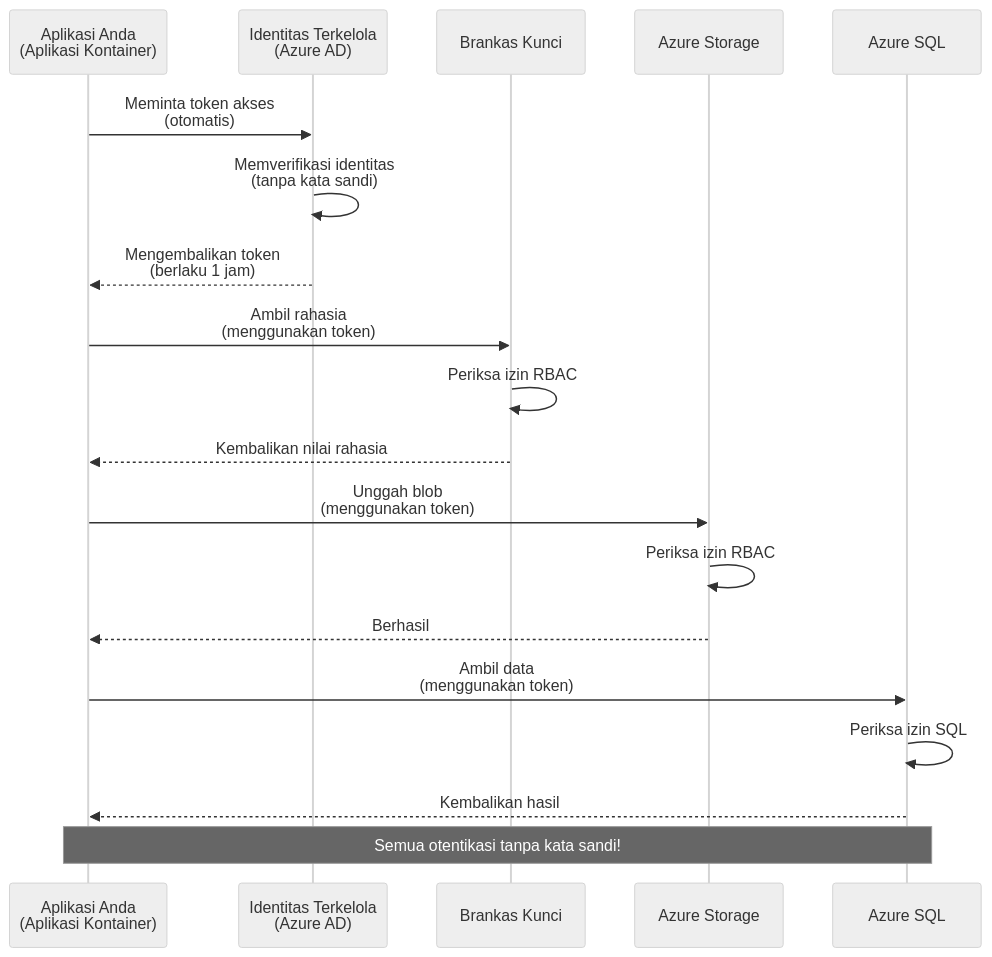
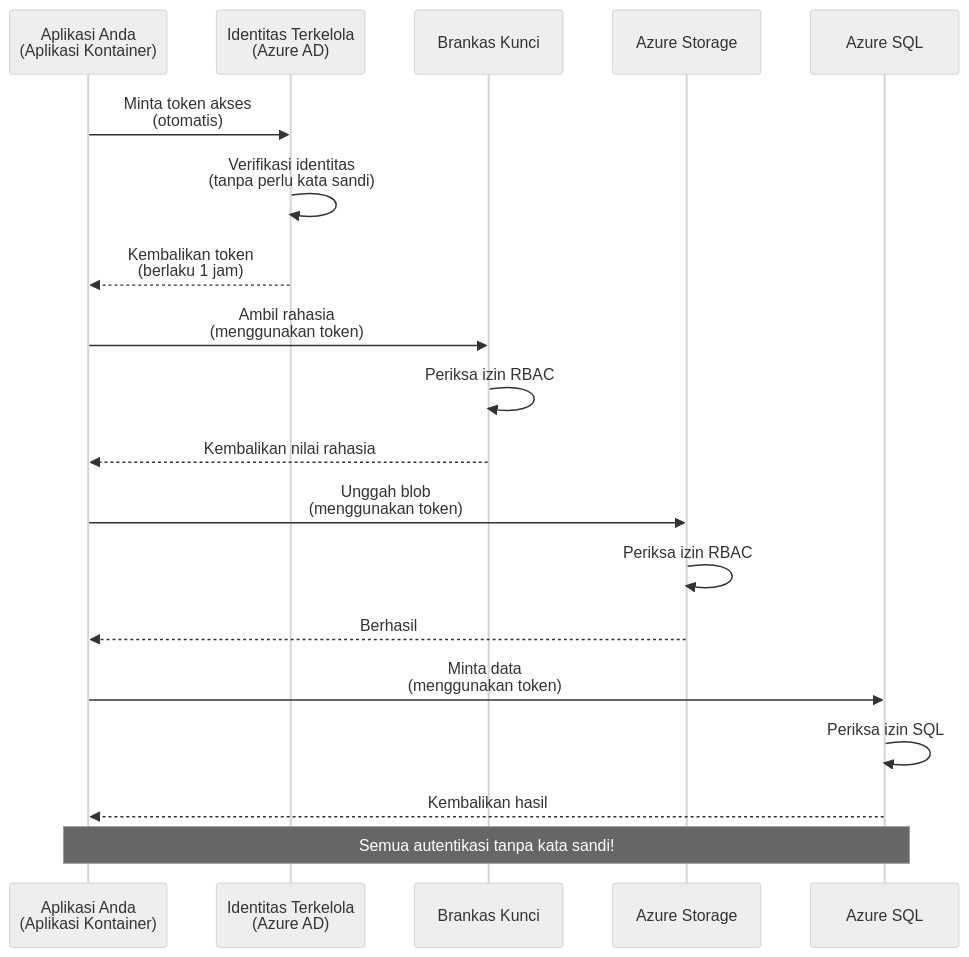
One commit to microsoft/AZD-for-beginners changed the first of 2 diagrams in translations/id/docs/chapter-03-configuration/authsecurity.md. Above: the diagram before and after it, drawn with Mermaid (neutral theme). The commit also changed other lines of this file and 101 other files, not shown here.

````diff
--- a/translations/id/docs/chapter-03-configuration/authsecurity.md
+++ b/translations/id/docs/chapter-03-configuration/authsecurity.md
@@ -69,26 +69,26 @@
 ```mermaid
 sequenceDiagram
     participant App as Aplikasi Anda<br/>(Aplikasi Kontainer)
     participant MI as Identitas Terkelola<br/>(Azure AD)
     participant KV as Brankas Kunci
     participant Storage as Azure Storage
     participant DB as Azure SQL
     
-    App->>MI: Meminta token akses<br/>(otomatis)
-    MI->>MI: Memverifikasi identitas<br/>(tanpa kata sandi)
-    MI-->>App: Mengembalikan token<br/>(berlaku 1 jam)
+    App->>MI: Minta token akses<br/>(otomatis)
+    MI->>MI: Verifikasi identitas<br/>(tanpa perlu kata sandi)
+    MI-->>App: Kembalikan token<br/>(berlaku 1 jam)
     
     App->>KV: Ambil rahasia<br/>(menggunakan token)
     KV->>KV: Periksa izin RBAC
     KV-->>App: Kembalikan nilai rahasia
     
     App->>Storage: Unggah blob<br/>(menggunakan token)
     Storage->>Storage: Periksa izin RBAC
     Storage-->>App: Berhasil
     
-    App->>DB: Ambil data<br/>(menggunakan token)
+    App->>DB: Minta data<br/>(menggunakan token)
     DB->>DB: Periksa izin SQL
     DB-->>App: Kembalikan hasil
     
-    Note over App,DB: Semua otentikasi tanpa kata sandi!
+    Note over App,DB: Semua autentikasi tanpa kata sandi!
 ```
````
